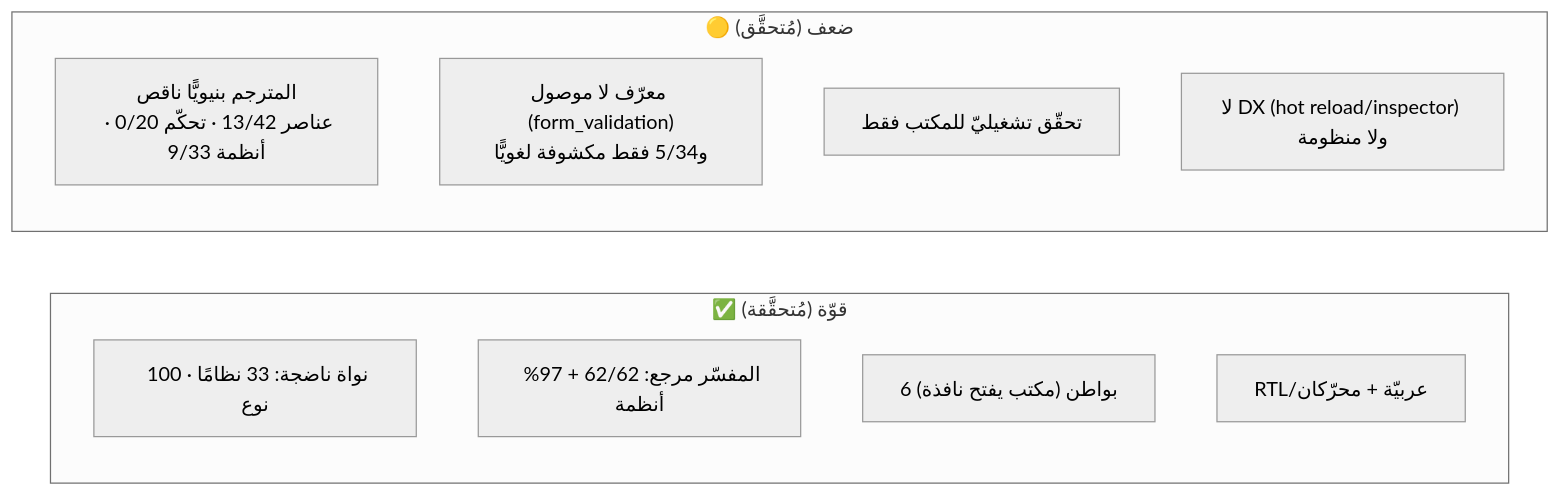
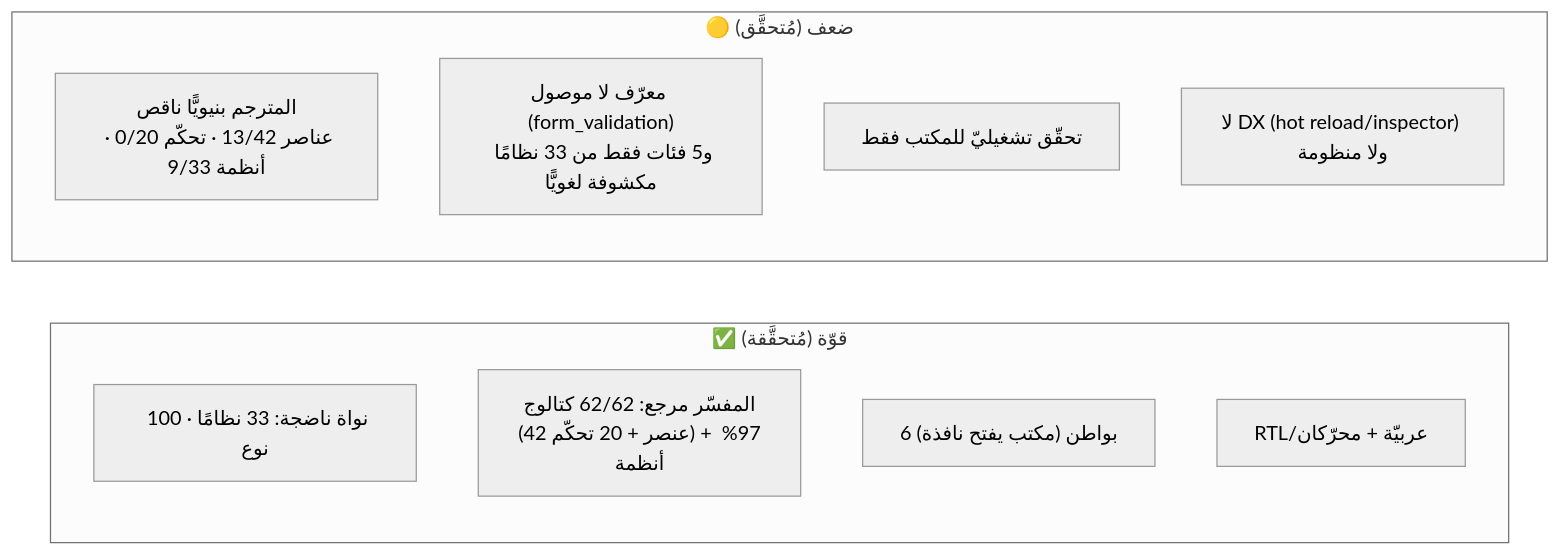
One commit to sadlang/sadlang-planning changed the second of 4 diagrams in projects/graphics-sadui/plan/رؤية-تنافسيّة-وخارطة-طريق.md. Above: the diagram before and after it, drawn with Mermaid (neutral theme). The commit also changed 1 other file, not shown here.

Commit message:
graphics-sadui: مراجعة Amelia (الذاكرة + الرؤية) — تأكيدات بالدليل
الذاكرة/التوسّع:
- الأب weak_ptr مؤكَّد بالتصريح (ir.h:571 «weak لتجنب دورات المراجع») لا استنتاجًا.
- لا new/delete يدويّ (IRNode::create ⇒ make_shared، ir.cpp:34).
- لا دورة عبر الأحداث: IREvent (ir.h:119-136) يحمل نصوصًا/enum فقط لا shared_ptr<IRNode>.
- كلّ المجلدات موجودة: core/backends(6)/widgets(5: animation/controls/data/media/navigation_v2)/pipeline/reactive.

الرؤية: توضيح 62/62 = 42 عنصر + 20 تحكّم؛ تصحيح 34→33 (5 فئات من 33 نظامًا).
كلتاهما متّسقتان مع بقيّة المجلد؛ مدقّق الحدود يمرّ. غير مدموج.

````diff
--- a/projects/graphics-sadui/plan/رؤية-تنافسيّة-وخارطة-طريق.md
+++ b/projects/graphics-sadui/plan/رؤية-تنافسيّة-وخارطة-طريق.md
@@ -33,15 +33,15 @@
 ```mermaid
 flowchart LR
     subgraph STRONG["✅ قوّة (مُتحقَّقة)"]
         S1["نواة ناضجة: 33 نظامًا · 100 نوع"]
-        S2["المفسّر مرجع: 62/62 + 97% أنظمة"]
+        S2["المفسّر مرجع: 62/62 كتالوج\n(42 عنصر + 20 تحكّم) + 97% أنظمة"]
         S3["6 بواطن (مكتب يفتح نافذة)"]
         S4["RTL/عربيّة + محرّكان"]
     end
     subgraph WEAK["🟡 ضعف (مُتحقَّق)"]
         W1["المترجم بنيويًّا ناقص\nعناصر 13/42 · تحكّم 0/20 · أنظمة 9/33"]
-        W2["معرّف لا موصول (form_validation)\nو5/34 فقط مكشوفة لغويًّا"]
+        W2["معرّف لا موصول (form_validation)\nو5 فئات فقط من 33 نظامًا مكشوفة لغويًّا"]
         W3["تحقّق تشغيليّ للمكتب فقط"]
         W4["لا DX (hot reload/inspector) ولا منظومة"]
     end
 ```
````
